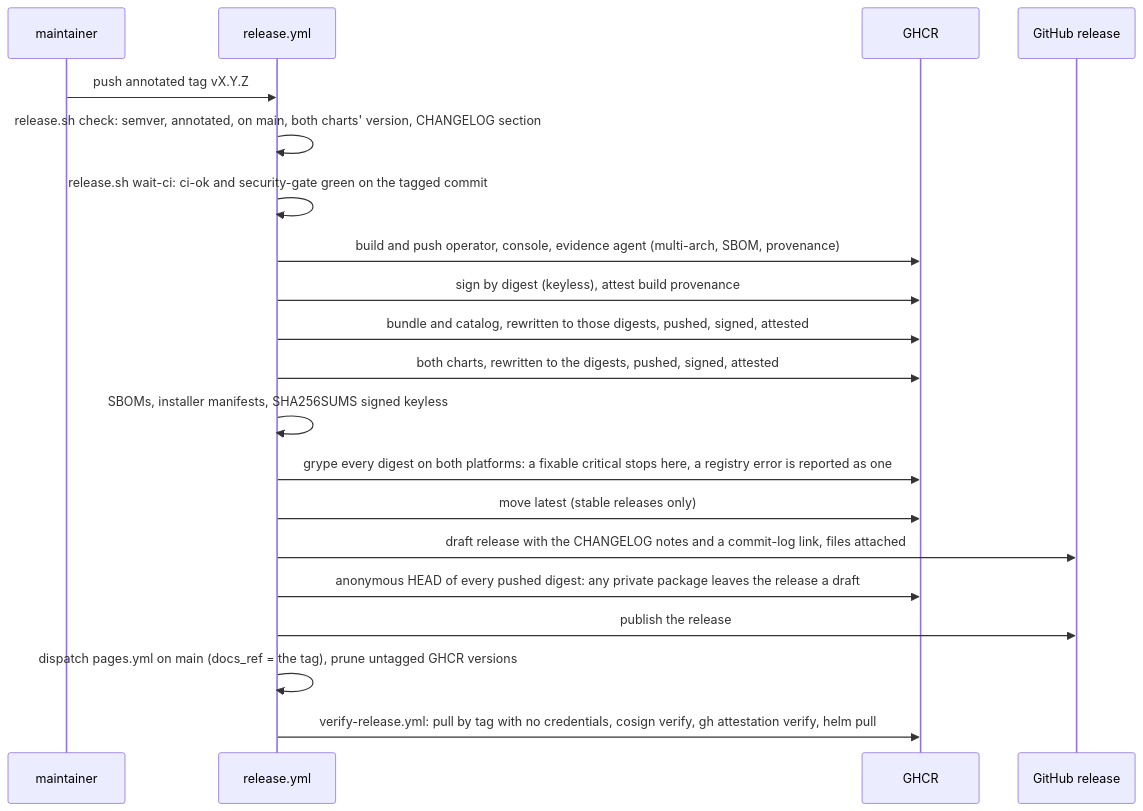
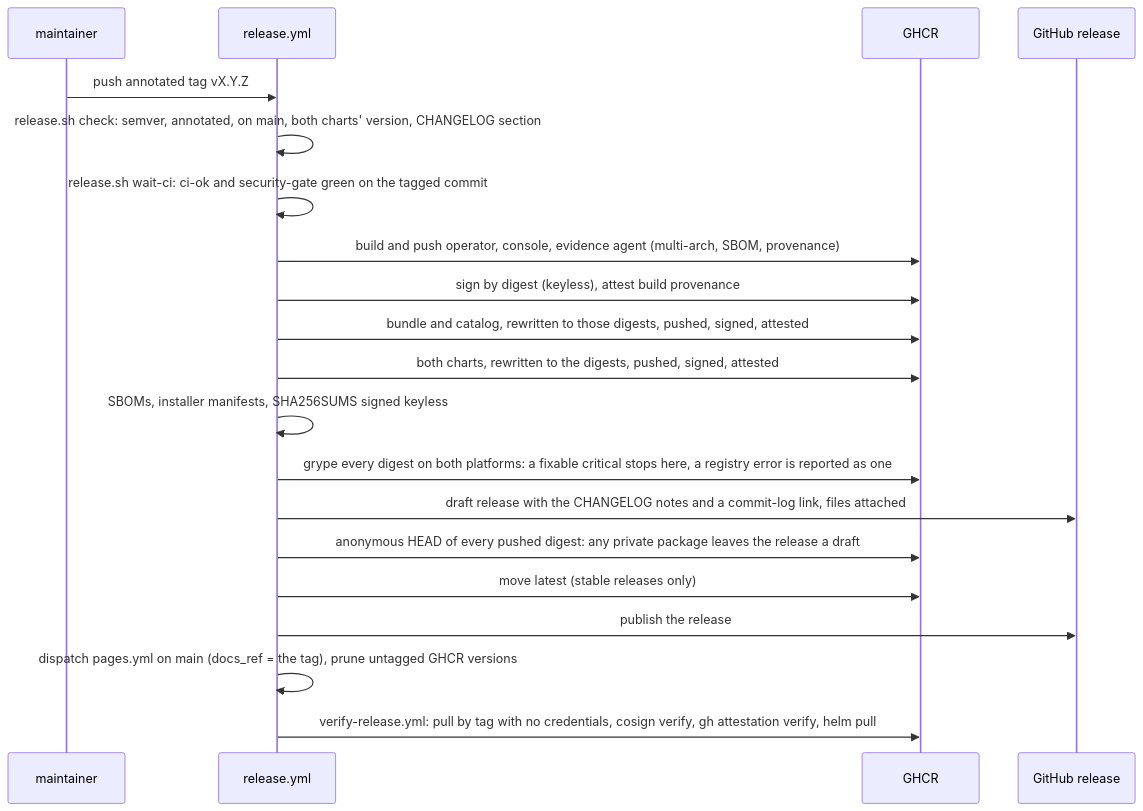
Before and after one commit to fyannk/pgToolBox: the second of 2 diagrams in docs/site/docs/development/ci.md, drawn with Mermaid. The commit also changed other lines of this file and 7 other files, not shown here.

````diff
--- a/docs/site/docs/development/ci.md
+++ b/docs/site/docs/development/ci.md
@@ -196,22 +196,22 @@
 ```mermaid
 sequenceDiagram
   participant M as maintainer
   participant R as release.yml
   participant G as GHCR
   participant H as GitHub release
   M->>R: push annotated tag vX.Y.Z
   R->>R: release.sh check: semver, annotated, on main, both charts' version, CHANGELOG section
   R->>R: release.sh wait-ci: ci-ok and security-gate green on the tagged commit
   R->>G: build and push operator, console, evidence agent (multi-arch, SBOM, provenance)
   R->>G: sign by digest (keyless), attest build provenance
   R->>G: bundle and catalog, rewritten to those digests, pushed, signed, attested
   R->>G: both charts, rewritten to the digests, pushed, signed, attested
   R->>R: SBOMs, installer manifests, SHA256SUMS signed keyless
   R->>G: grype every digest on both platforms: a fixable critical stops here, a registry error is reported as one
-  R->>G: move latest (stable releases only)
   R->>H: draft release with the CHANGELOG notes and a commit-log link, files attached
   R->>G: anonymous HEAD of every pushed digest: any private package leaves the release a draft
+  R->>G: move latest (stable releases only)
   R->>H: publish the release
   R->>R: dispatch pages.yml on main (docs_ref = the tag), prune untagged GHCR versions
   R->>G: verify-release.yml: pull by tag with no credentials, cosign verify, gh attestation verify, helm pull
 ```
````
